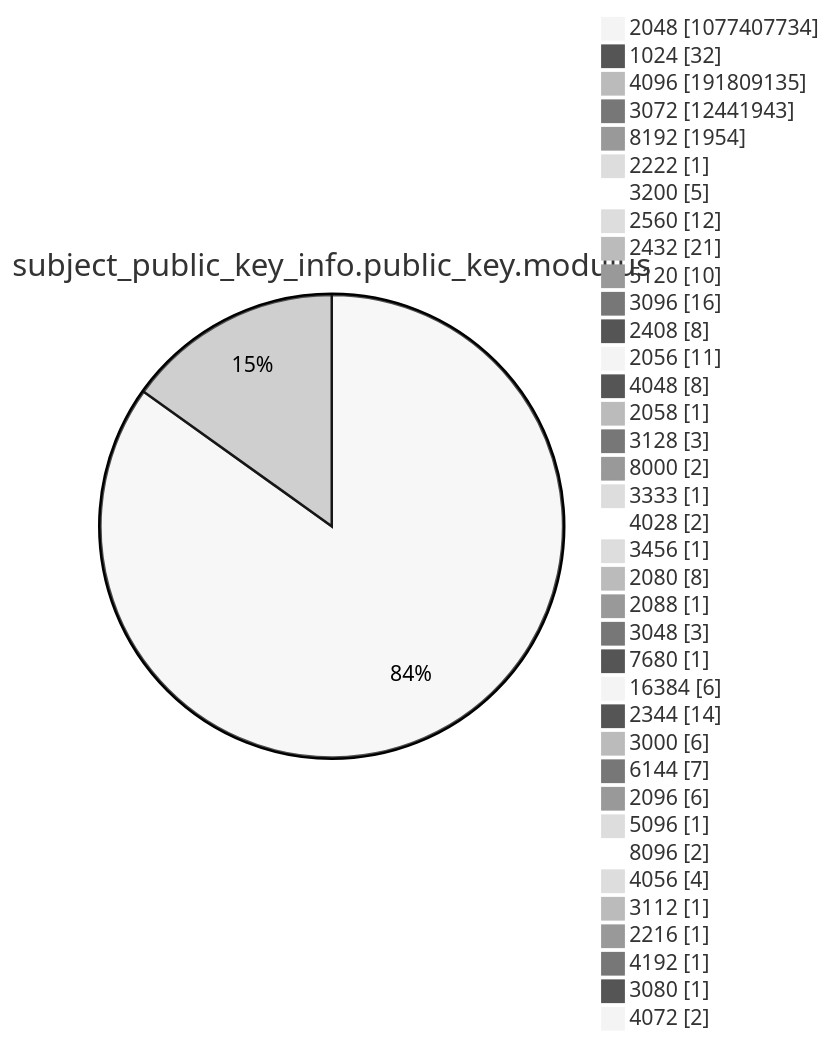
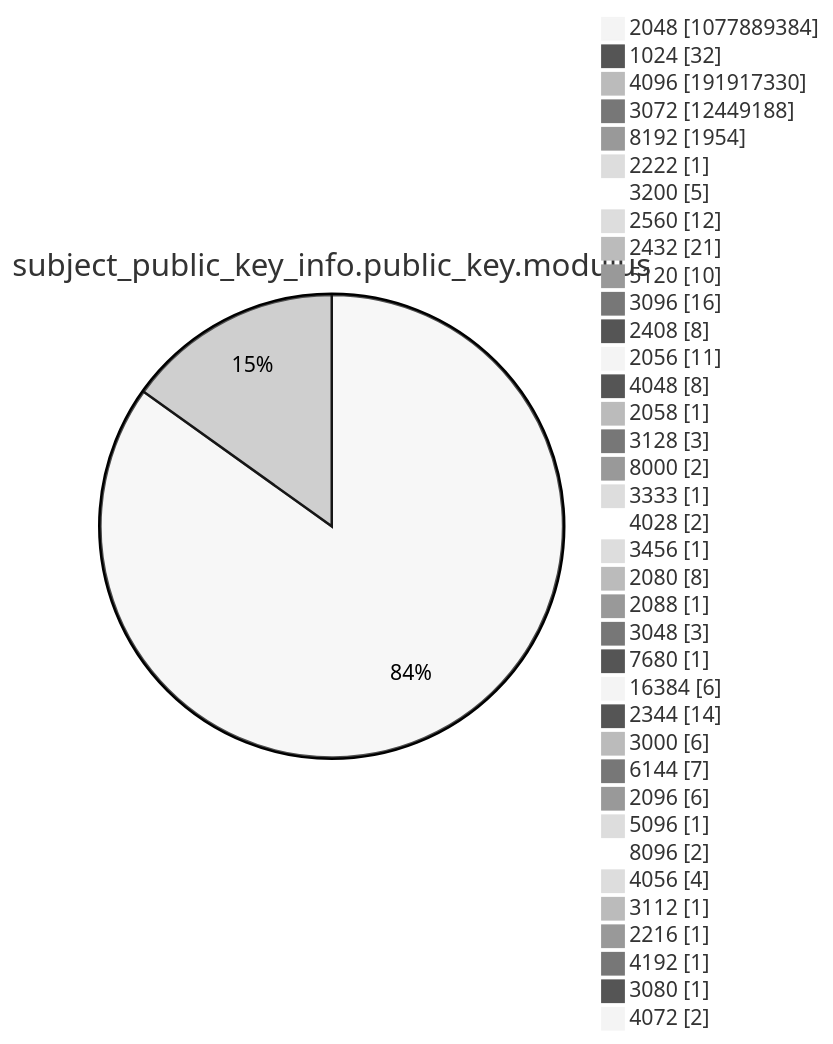
Before and after one commit to christiankrug/ctmonitor_visualization: diagram 13 of 15 in argon2022/README.md, drawn with Mermaid (neutral theme). The commit also changed other lines of this file, not shown here.

````diff
--- a/argon2022/README.md
+++ b/argon2022/README.md
@@ -3589,41 +3589,41 @@
 ```mermaid
 pie showData
 title subject_public_key_info.public_key.modulus
-"2048" :1077407734
+"2048" :1077889384
 "1024" :32
-"4096" :191809135
-"3072" :12441943
+"4096" :191917330
+"3072" :12449188
 "8192" :1954
 "2222" :1
 "3200" :5
 "2560" :12
 "2432" :21
 "5120" :10
 "3096" :16
 "2408" :8
 "2056" :11
 "4048" :8
 "2058" :1
 "3128" :3
 "8000" :2
 "3333" :1
 "4028" :2
 "3456" :1
 "2080" :8
 "2088" :1
 "3048" :3
 "7680" :1
 "16384" :6
 "2344" :14
 "3000" :6
 "6144" :7
 "2096" :6
 "5096" :1
 "8096" :2
 "4056" :4
 "3112" :1
 "2216" :1
 "4192" :1
 "3080" :1
 "4072" :2
 ```
````
